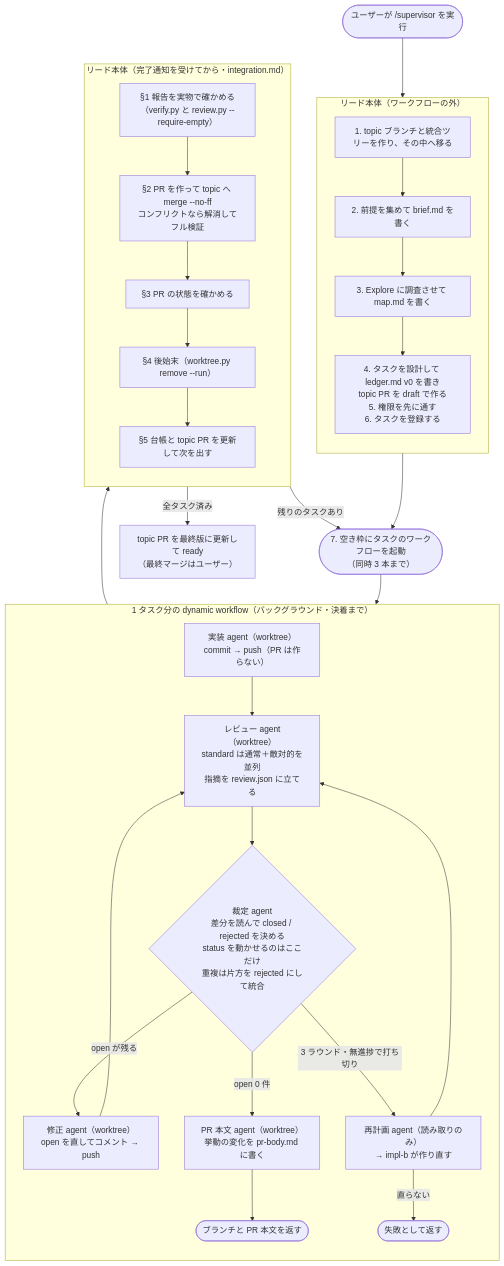
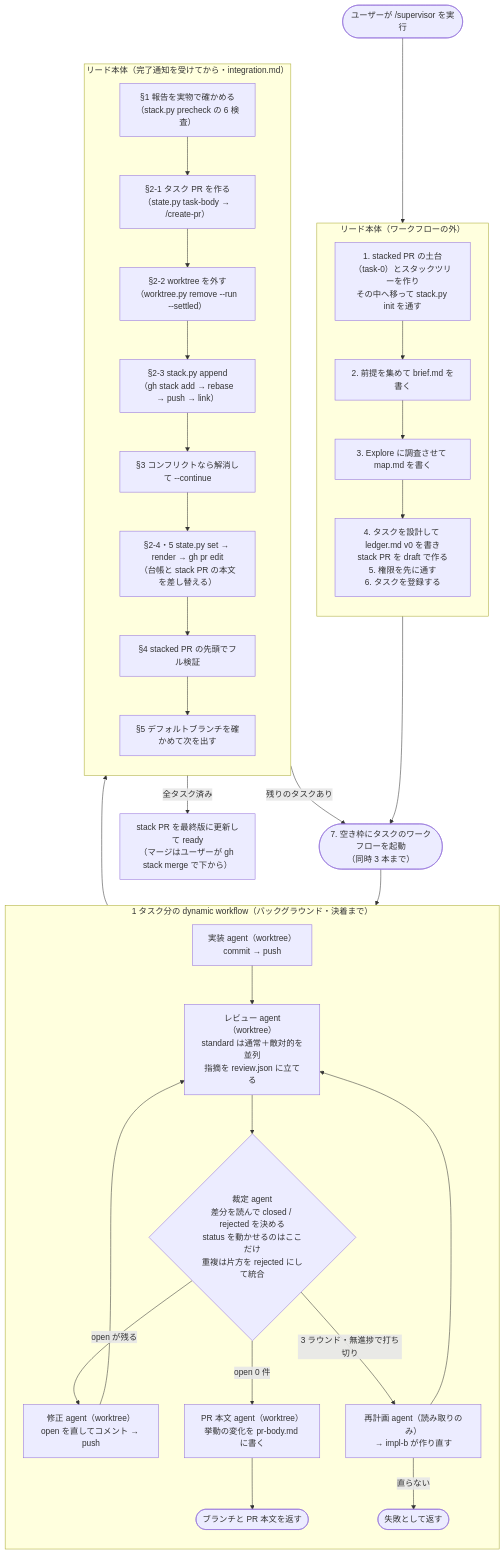
The diagram in .claude/skills/supervisor/design-notes.md (Luna-rab/dotfiles), drawn with Mermaid before and after one commit. The commit also changed other lines of this file and 38 other files, not shown here.

````diff
--- a/.claude/skills/supervisor/design-notes.md
+++ b/.claude/skills/supervisor/design-notes.md
@@ -93,47 +109,50 @@
 ```mermaid
 flowchart TB
   start([ユーザーが /supervisor を実行]) --> prep
 
   subgraph lead["リード本体（ワークフローの外）"]
     direction TB
-    topic["1. topic ブランチと統合ツリーを作り、その中へ移る"]
+    bottom["1. stacked PR の土台（task-0）とスタックツリーを作り<br/>その中へ移って stack.py init を通す"]
     prep["2. 前提を集めて brief.md を書く"]
     survey["3. Explore に調査させて map.md を書く"]
-    design["4. タスクを設計して ledger.md v0 を書き<br/>topic PR を draft で作る<br/>5. 権限を先に通す<br/>6. タスクを登録する"]
-    topic --> prep --> survey --> design
+    design["4. タスクを設計して ledger.md v0 を書き<br/>stack PR を draft で作る<br/>5. 権限を先に通す<br/>6. タスクを登録する"]
+    bottom --> prep --> survey --> design
   end
 
   design --> launch(["7. 空き枠にタスクのワークフローを起動<br/>（同時 3 本まで）"])
   launch --> wf
 
   subgraph wf["1 タスク分の dynamic workflow（バックグラウンド・決着まで）"]
     direction TB
-    impl["実装 agent（worktree）<br/>commit → push（PR は作らない）"]
+    impl["実装 agent（worktree）<br/>commit → push"]
     rev["レビュー agent（worktree）<br/>standard は通常＋敵対的を並列<br/>指摘を review.json に立てる"]
     judge{"裁定 agent<br/>差分を読んで closed / rejected を決める<br/>status を動かせるのはここだけ<br/>重複は片方を rejected にして統合"}
     fix["修正 agent（worktree）<br/>open を直してコメント → push"]
     esc["再計画 agent（読み取りのみ）<br/>→ impl-b が作り直す"]
     prbody["PR 本文 agent（worktree）<br/>挙動の変化を pr-body.md に書く"]
     impl --> rev --> judge
     judge -->|open が残る| fix --> rev
     judge -->|3 ラウンド・無進捗で打ち切り| esc --> rev
     judge -->|open 0 件| prbody
     prbody --> done([ブランチと PR 本文を返す])
     esc -->|直らない| fail([失敗として返す])
   end
 
   wf --> after
 
   subgraph after["リード本体（完了通知を受けてから・integration.md）"]
     direction TB
-    verify["§1 報告を実物で確かめる<br/>（verify.py と review.py --require-empty）"]
-    lane["§2 PR を作って topic へ merge --no-ff<br/>コンフリクトなら解消してフル検証"]
-    ci["§3 PR の状態を確かめる"]
-    clean["§4 後始末（worktree.py remove --run）"]
-    ledger["§5 台帳と topic PR を更新して次を出す"]
-    verify --> lane --> ci --> clean --> ledger
+    verify["§1 報告を実物で確かめる<br/>（stack.py precheck の 6 検査）"]
+    mkpr["§2-1 タスク PR を作る<br/>（state.py task-body → /create-pr）"]
+    clean["§2-2 worktree を外す<br/>（worktree.py remove --run --settled）"]
+    lane["§2-3 stack.py append<br/>（gh stack add → rebase → push → link）"]
+    conf["§3 コンフリクトなら解消して --continue"]
+    body["§2-4・5 state.py set → render → gh pr edit<br/>（台帳と stack PR の本文を差し替える）"]
+    ci["§4 stacked PR の先頭でフル検証"]
+    ledger["§5 デフォルトブランチを確かめて次を出す"]
+    verify --> mkpr --> clean --> lane --> conf --> body --> ci --> ledger
   end
 
   ledger -->|残りのタスクあり| launch
-  ledger -->|全タスク済み| finalpr["topic PR を最終版に更新して ready<br/>（最終マージはユーザー）"]
+  ledger -->|全タスク済み| finalpr["stack PR を最終版に更新して ready<br/>（マージはユーザーが gh stack merge で下から）"]
 ```
````
